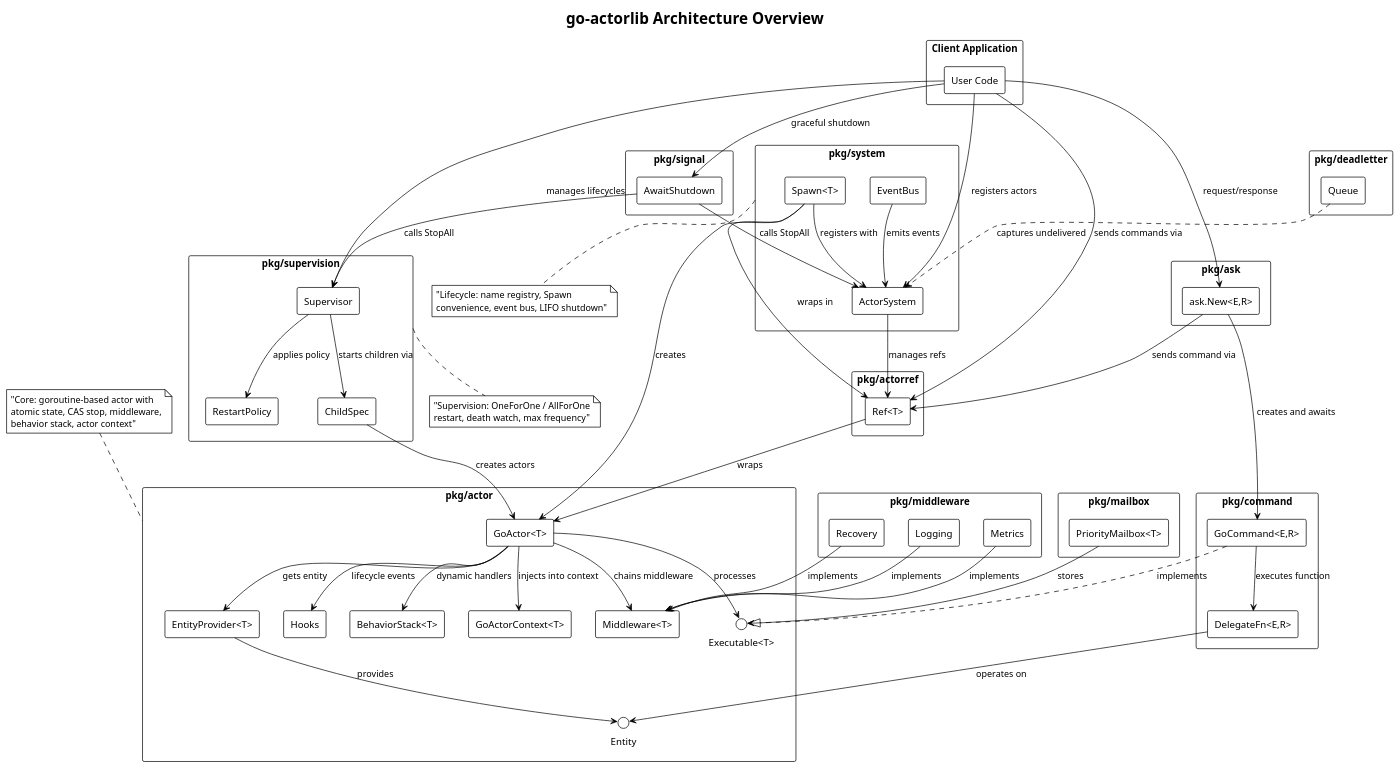
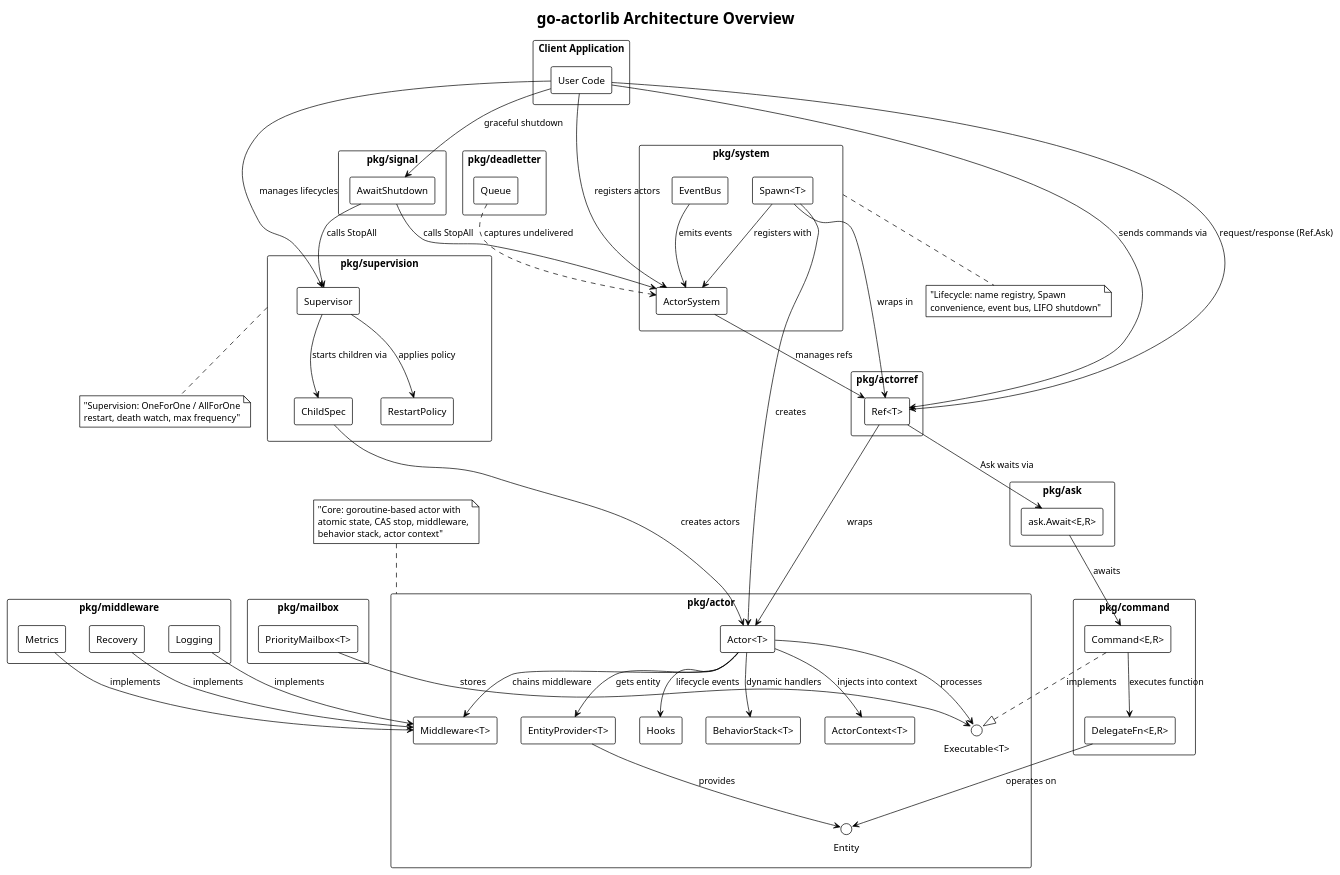
One commit to barnowlsnest/go-actorlib changed the diagram in docs/architecture.puml. Above: the diagram before and after it, drawn with PlantUML. The commit also changed 54 other files, not shown here.

```diff
--- a/docs/architecture.puml
+++ b/docs/architecture.puml
@@ -1,126 +1,126 @@
 @startuml go-actorlib-architecture
 !theme plain
 skinparam backgroundColor #FFFFFF
 skinparam componentStyle rectangle
 skinparam packageStyle rectangle
 
 title go-actorlib Architecture Overview
 
 package "Client Application" as client {
   component [User Code] as user
 }
 
 package "pkg/actor" as actor_pkg {
-  component [GoActor<T>] as actor
+  component [Actor<T>] as actor
   component [EntityProvider<T>] as provider
   component [Hooks] as hooks
   component [BehaviorStack<T>] as behavior
-  component [GoActorContext<T>] as actorctx
+  component [ActorContext<T>] as actorctx
   component [Middleware<T>] as mw
   interface "Entity" as entity
   interface "Executable<T>" as executable
 }
 
 package "pkg/actorref" as ref_pkg {
   component [Ref<T>] as ref
 }
 
 package "pkg/command" as command_pkg {
-  component [GoCommand<E,R>] as command
+  component [Command<E,R>] as command
   component [DelegateFn<E,R>] as delegate
 }
 
 package "pkg/ask" as ask_pkg {
-  component [ask.New<E,R>] as ask
+  component [ask.Await<E,R>] as ask
 }
 
 package "pkg/system" as system_pkg {
   component [ActorSystem] as system
   component [Spawn<T>] as spawn
   component [EventBus] as eventbus
 }
 
 package "pkg/supervision" as sup_pkg {
   component [Supervisor] as supervisor
   component [ChildSpec] as childspec
   component [RestartPolicy] as restartpolicy
 }
 
 package "pkg/middleware" as middleware_pkg {
   component [Logging] as logging
   component [Metrics] as metrics
   component [Recovery] as recovery
 }
 
 package "pkg/deadletter" as dl_pkg {
   component [Queue] as dlq
 }
 
 package "pkg/signal" as signal_pkg {
   component [AwaitShutdown] as signal
 }
 
 package "pkg/mailbox" as mailbox_pkg {
   component [PriorityMailbox<T>] as priombox
 }
 
 ' Client relationships
 user --> ref : sends commands via
-user --> ask : request/response
+user --> ref : request/response (Ref.Ask)
 user --> system : registers actors
 user --> supervisor : manages lifecycles
 user --> signal : graceful shutdown
 
 ' Core actor relationships
 ref --> actor : wraps
 actor --> provider : gets entity
 actor --> hooks : lifecycle events
 actor --> executable : processes
 actor --> behavior : dynamic handlers
 actor --> actorctx : injects into context
 actor --> mw : chains middleware
 provider --> entity : provides
 command ..|> executable : implements
 
 ' Command relationships
 command --> delegate : executes function
 delegate --> entity : operates on
 
 ' Ask uses Ref
-ask --> ref : sends command via
-ask --> command : creates and awaits
+ref --> ask : Ask waits via
+ask --> command : awaits
 
 ' System relationships
 system --> ref : manages refs
 spawn --> actor : creates
 spawn --> ref : wraps in
 spawn --> system : registers with
 eventbus --> system : emits events
 
 ' Supervision
 supervisor --> childspec : starts children via
 supervisor --> restartpolicy : applies policy
 childspec --> actor : creates actors
 
 ' Middleware implementations
 logging --> mw : implements
 metrics --> mw : implements
 recovery --> mw : implements
 
 ' Signal integration
 signal --> system : calls StopAll
 signal --> supervisor : calls StopAll
 
 ' Priority mailbox
 priombox --> executable : stores
 
 ' Dead letter queue
 dlq ..> system : captures undelivered
 
 note top of actor_pkg : "Core: goroutine-based actor with\natomic state, CAS stop, middleware,\nbehavior stack, actor context"
 
 note bottom of system_pkg : "Lifecycle: name registry, Spawn\nconvenience, event bus, LIFO shutdown"
 
 note bottom of sup_pkg : "Supervision: OneForOne / AllForOne\nrestart, death watch, max frequency"
 
 @enduml
```
